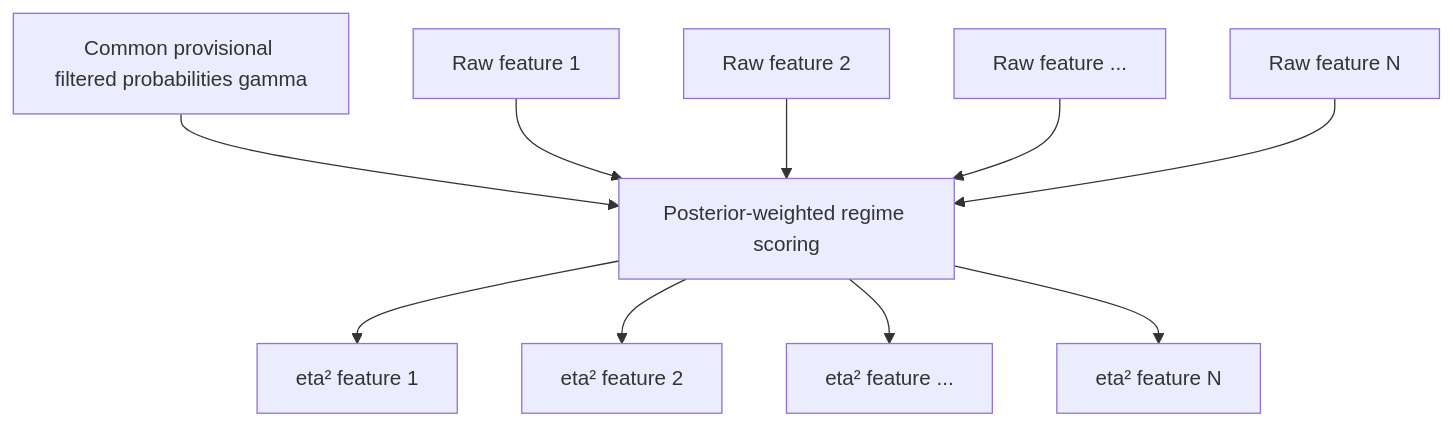
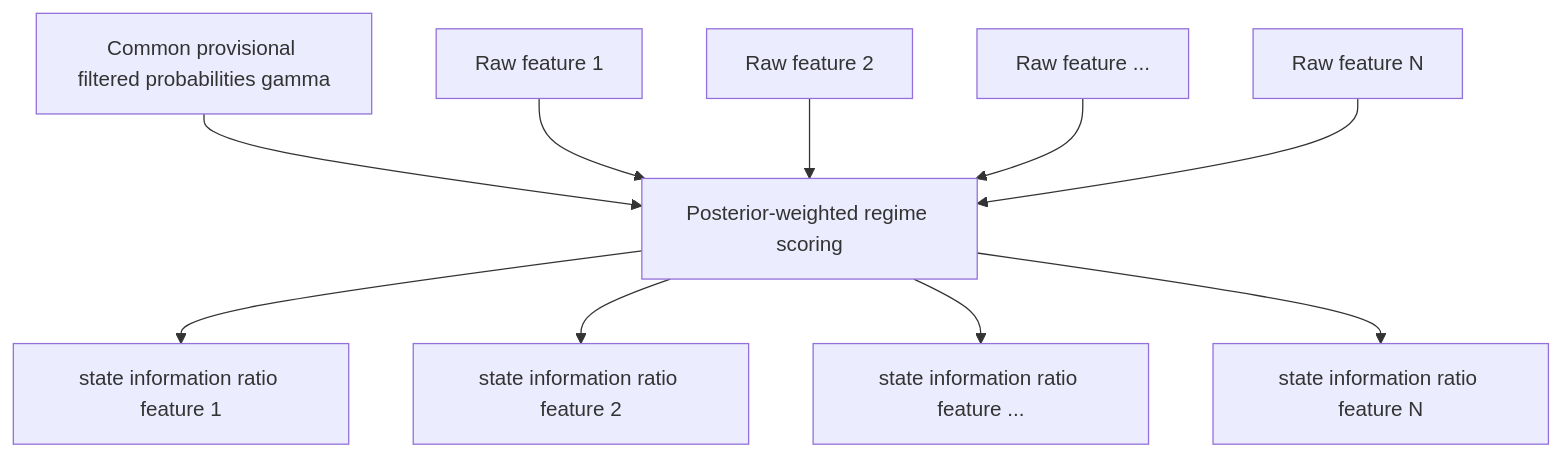
Before and after one commit to SergejSchweizer/regime-engine: the ninth of 17 diagrams in EVALUATION.md, drawn with Mermaid. The commit also changed other lines of this file and 4 other files, not shown here.

````diff
--- a/EVALUATION.md
+++ b/EVALUATION.md
@@ -475,12 +629,12 @@
 ```mermaid
 flowchart TD
     A[Common provisional filtered probabilities gamma] --> S[Posterior-weighted regime scoring]
     X1[Raw feature 1] --> S
     X2[Raw feature 2] --> S
     X3[Raw feature ...] --> S
     XN[Raw feature N] --> S
-    S --> R1[eta² feature 1]
-    S --> R2[eta² feature 2]
-    S --> R3[eta² feature ...]
-    S --> RN[eta² feature N]
+    S --> R1[state information ratio feature 1]
+    S --> R2[state information ratio feature 2]
+    S --> R3[state information ratio feature ...]
+    S --> RN[state information ratio feature N]
 ```
````
